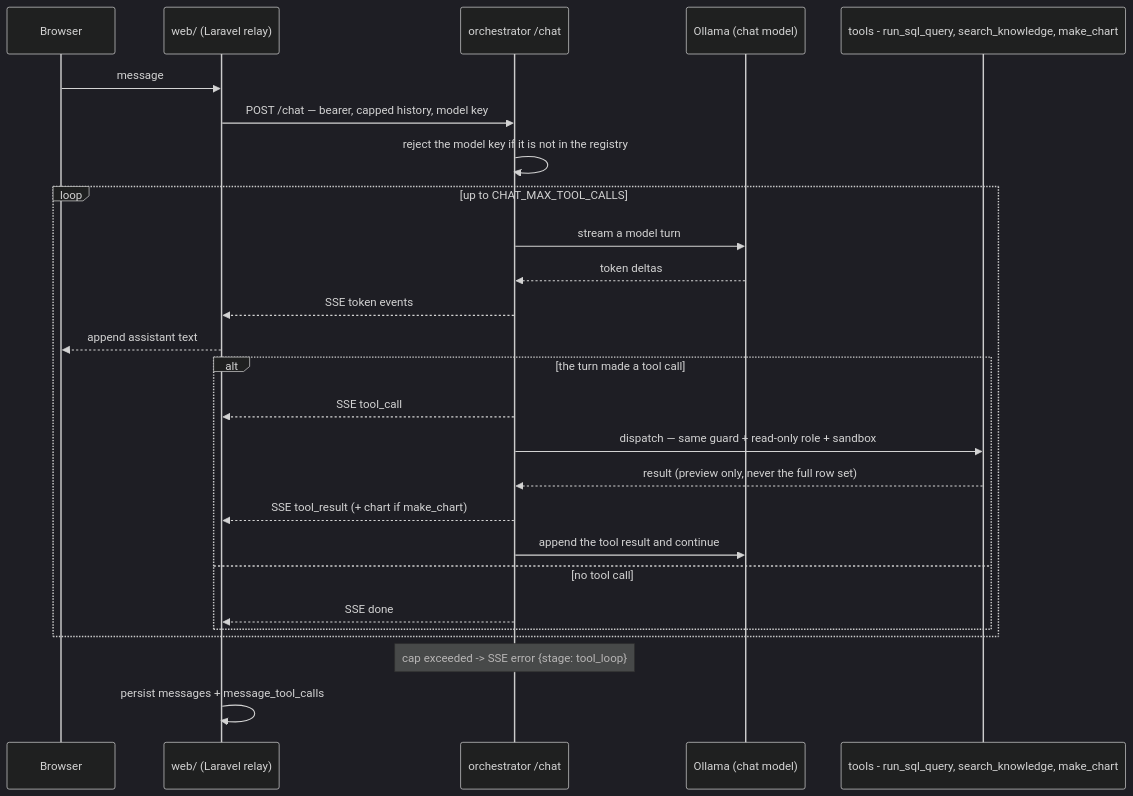
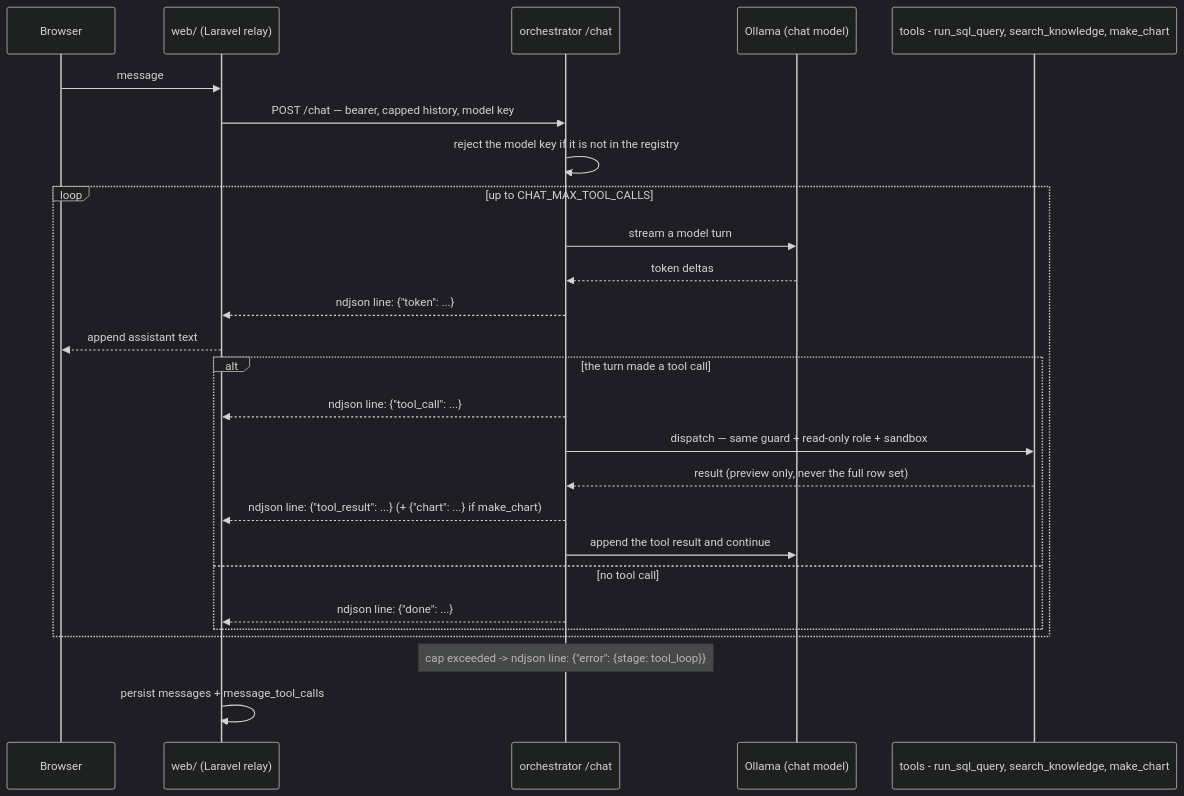
Before and after one commit to SubhanRaj/excise-mcp-dashboard: the third of 3 diagrams in MCP_ENGINES.md, drawn with Mermaid (dark theme). The commit also changed other lines of this file and 12 other files, not shown here.

````diff
--- a/MCP_ENGINES.md
+++ b/MCP_ENGINES.md
@@ -339,29 +348,29 @@
 ```mermaid
 sequenceDiagram
     participant B as Browser
     participant L as web/ (Laravel relay)
     participant O as orchestrator /chat
     participant M as Ollama (chat model)
     participant T as tools - run_sql_query, search_knowledge, make_chart
 
     B->>L: message
     L->>O: POST /chat — bearer, capped history, model key
     O->>O: reject the model key if it is not in the registry
     loop up to CHAT_MAX_TOOL_CALLS
         O->>M: stream a model turn
         M-->>O: token deltas
-        O-->>L: SSE token events
+        O-->>L: ndjson line: {"token": ...}
         L-->>B: append assistant text
         alt the turn made a tool call
-            O-->>L: SSE tool_call
+            O-->>L: ndjson line: {"tool_call": ...}
             O->>T: dispatch — same guard + read-only role + sandbox
             T-->>O: result (preview only, never the full row set)
-            O-->>L: SSE tool_result (+ chart if make_chart)
+            O-->>L: ndjson line: {"tool_result": ...} (+ {"chart": ...} if make_chart)
             O->>M: append the tool result and continue
         else no tool call
-            O-->>L: SSE done
+            O-->>L: ndjson line: {"done": ...}
         end
     end
-    Note over O: cap exceeded -> SSE error {stage: tool_loop}
+    Note over O: cap exceeded -> ndjson line: {"error": {stage: tool_loop}}
     L->>L: persist messages + message_tool_calls
 ```
````
